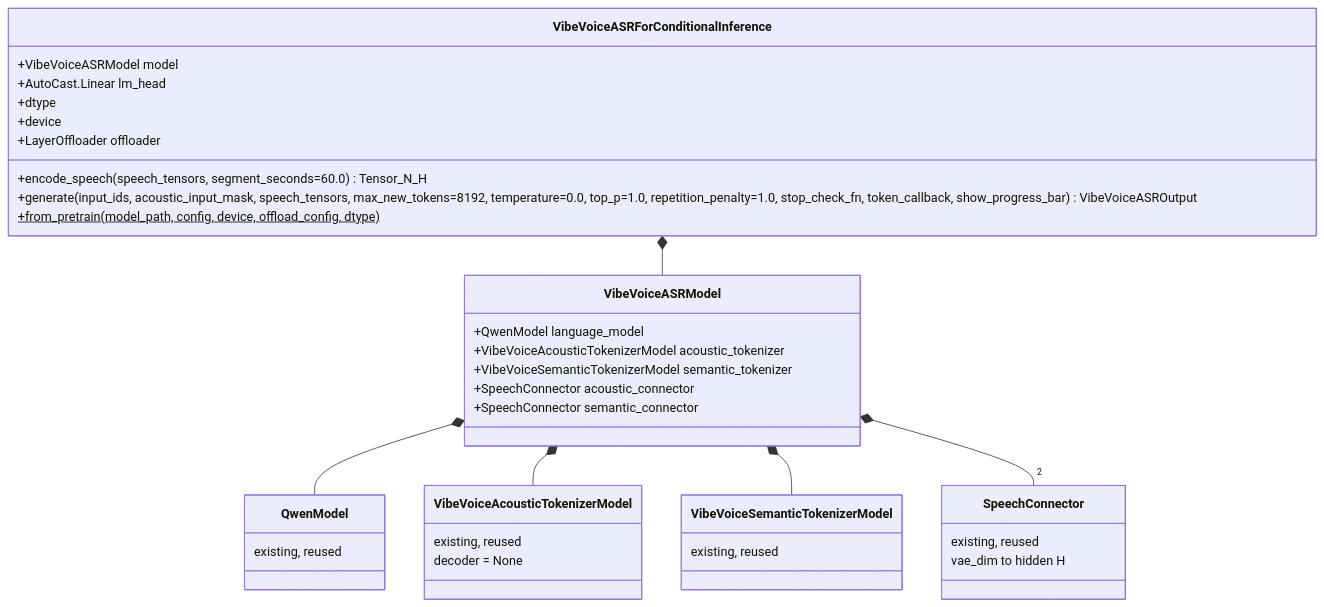
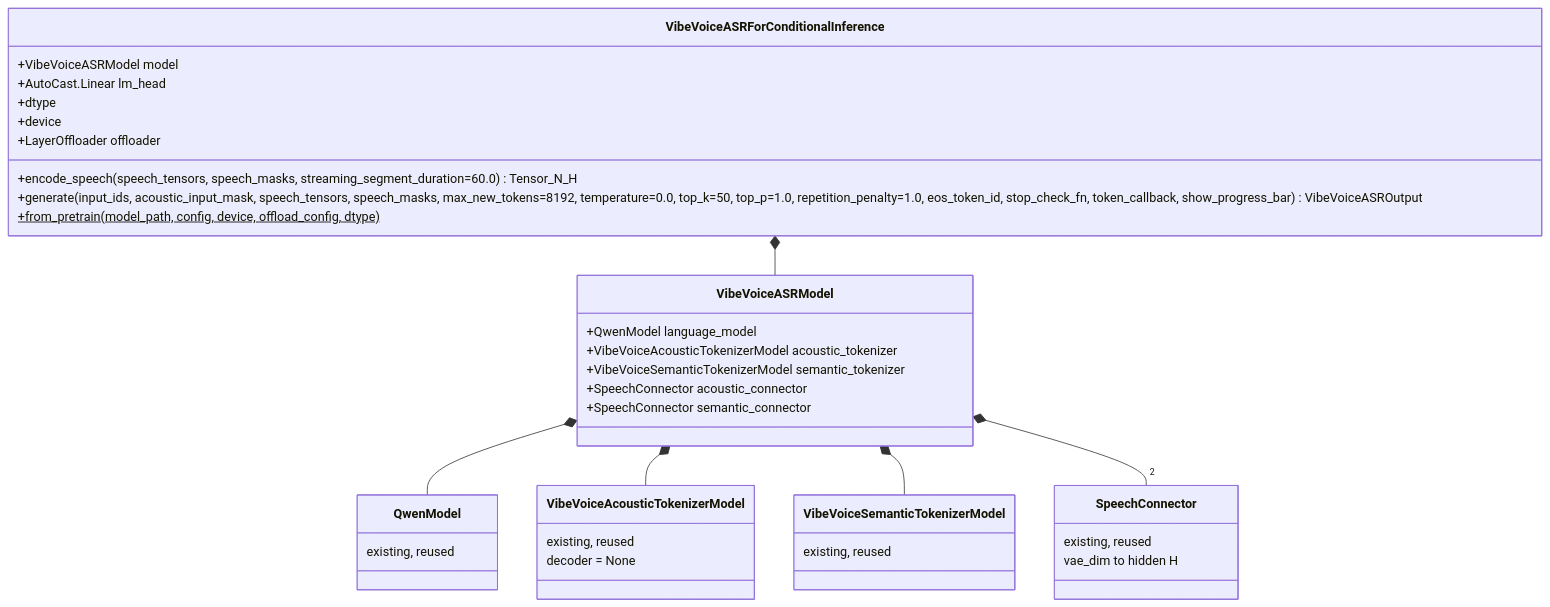
One commit to zhao-kun/VibeVoiceFusion changed the second of 4 diagrams in docs/vibevoice-asr-design.md. Above: the diagram before and after it, drawn with Mermaid. The commit also changed other lines of this file and 8 other files, not shown here.

````diff
--- a/docs/vibevoice-asr-design.md
+++ b/docs/vibevoice-asr-design.md
@@ -125,39 +124,39 @@
 ```mermaid
 classDiagram
     class VibeVoiceASRForConditionalInference {
         +VibeVoiceASRModel model
         +AutoCast.Linear lm_head
         +dtype
         +device
         +LayerOffloader offloader
-        +encode_speech(speech_tensors, segment_seconds=60.0) Tensor_N_H
-        +generate(input_ids, acoustic_input_mask, speech_tensors, max_new_tokens=8192, temperature=0.0, top_p=1.0, repetition_penalty=1.0, stop_check_fn, token_callback, show_progress_bar) VibeVoiceASROutput
+        +encode_speech(speech_tensors, speech_masks, streaming_segment_duration=60.0) Tensor_N_H
+        +generate(input_ids, acoustic_input_mask, speech_tensors, speech_masks, max_new_tokens=8192, temperature=0.0, top_k=50, top_p=1.0, repetition_penalty=1.0, eos_token_id, stop_check_fn, token_callback, show_progress_bar) VibeVoiceASROutput
         +from_pretrain(model_path, config, device, offload_config, dtype)$
     }
     class VibeVoiceASRModel {
         +QwenModel language_model
         +VibeVoiceAcousticTokenizerModel acoustic_tokenizer
         +VibeVoiceSemanticTokenizerModel semantic_tokenizer
         +SpeechConnector acoustic_connector
         +SpeechConnector semantic_connector
     }
     class QwenModel {
         existing, reused
     }
     class VibeVoiceAcousticTokenizerModel {
         existing, reused
         decoder = None
     }
     class VibeVoiceSemanticTokenizerModel {
         existing, reused
     }
     class SpeechConnector {
         existing, reused
         vae_dim to hidden H
     }
     VibeVoiceASRForConditionalInference *-- VibeVoiceASRModel
     VibeVoiceASRModel *-- QwenModel
     VibeVoiceASRModel *-- VibeVoiceAcousticTokenizerModel
     VibeVoiceASRModel *-- VibeVoiceSemanticTokenizerModel
     VibeVoiceASRModel *-- "2" SpeechConnector
 ```
````
